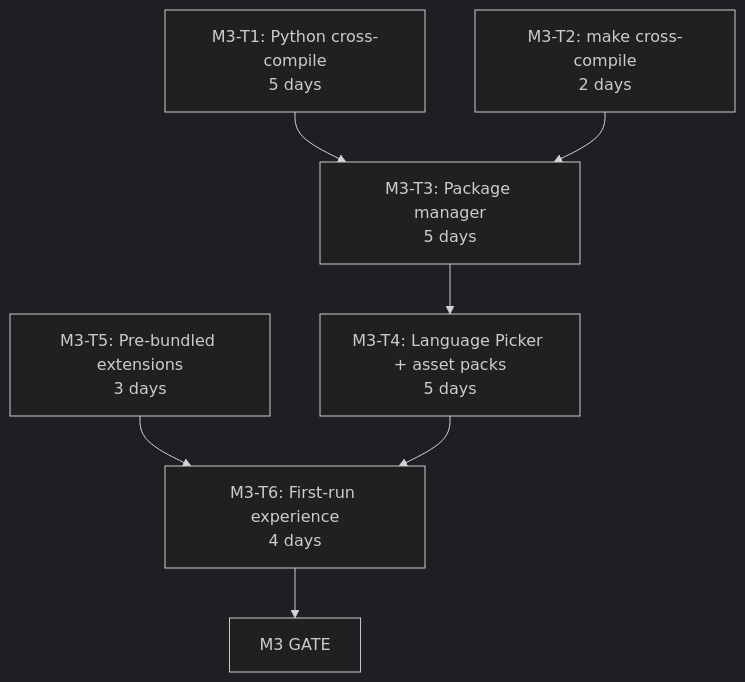
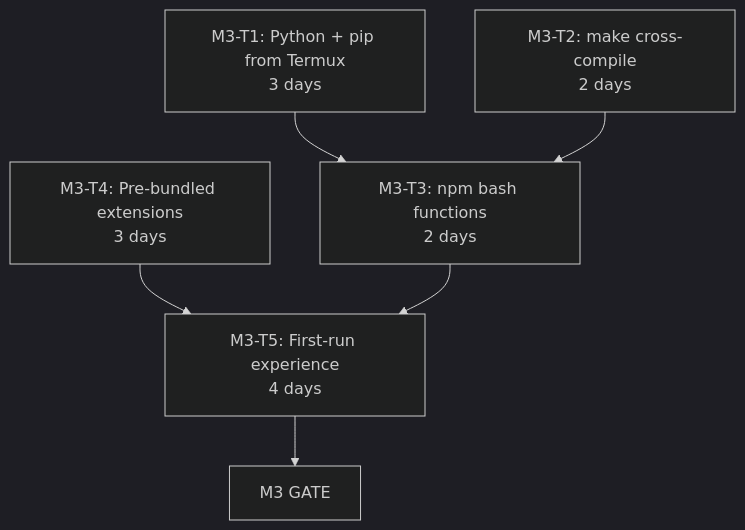
The sixth of 9 diagrams in docs/12-IMPLEMENTATION_PLAN.md (rmyndharis/VSCodroid), drawn with Mermaid (dark theme) before and after one commit. The commit also changed other lines of this file, not shown here.

````diff
--- a/docs/12-IMPLEMENTATION_PLAN.md
+++ b/docs/12-IMPLEMENTATION_PLAN.md
@@ -1269,9 +1310,8 @@
 ```mermaid
 flowchart TD
-  M3T1["M3-T1: Python cross-compile<br/>5 days"] --> M3T3["M3-T3: Package manager<br/>5 days"]
+  M3T1["M3-T1: Python + pip from Termux<br/>3 days"] --> M3T3["M3-T3: npm bash functions<br/>2 days"]
   M3T2["M3-T2: make cross-compile<br/>2 days"] --> M3T3
-  M3T3 --> M3T4["M3-T4: Language Picker + asset packs<br/>5 days"]
-  M3T5["M3-T5: Pre-bundled extensions<br/>3 days"] --> M3T6["M3-T6: First-run experience<br/>4 days"]
-  M3T4 --> M3T6
-  M3T6 --> M3GATE["M3 GATE"]
+  M3T4["M3-T4: Pre-bundled extensions<br/>3 days"] --> M3T5["M3-T5: First-run experience<br/>4 days"]
+  M3T3 --> M3T5
+  M3T5 --> M3GATE["M3 GATE"]
 ```
````
